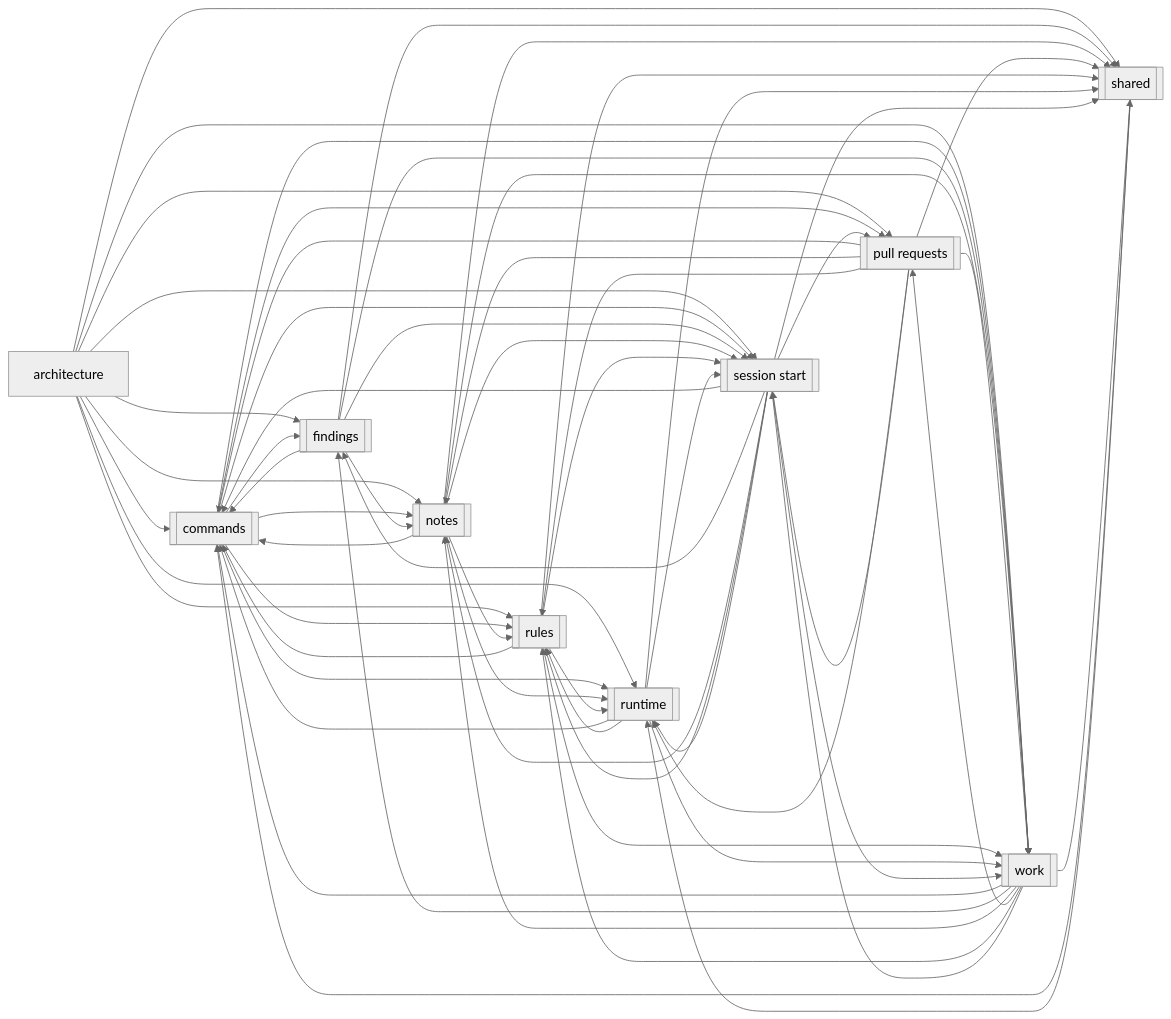
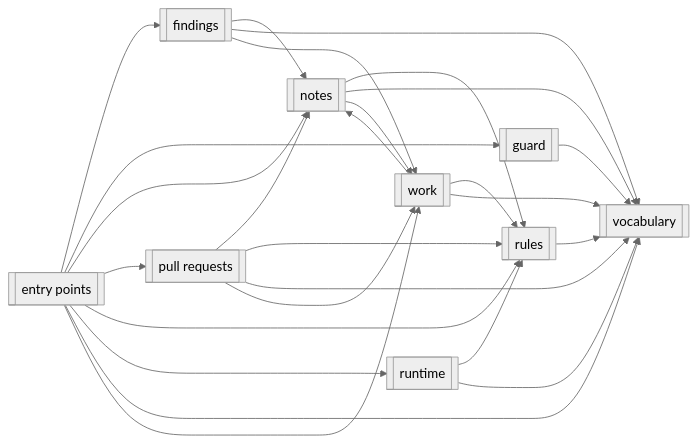
The first of 10 diagrams in README.md (LucaKro/GitHubWorkflow), drawn with Mermaid (neutral theme) before and after one commit. The commit also changed other lines of this file and 34 other files, not shown here.

First line of the commit message:
Declare the architecture diagrams in pyproject.toml and draw any project's

````diff
--- a/README.md
+++ b/README.md
@@ -24,74 +26,37 @@
 ```mermaid
 flowchart LR
-    architecture["architecture"]
-    commands[["commands"]]
+    entry_points[["entry points"]]
     findings[["findings"]]
+    guard[["guard"]]
     notes[["notes"]]
     pull_requests[["pull requests"]]
     rules[["rules"]]
     runtime[["runtime"]]
-    session_start[["session start"]]
-    shared[["shared"]]
+    vocabulary[["vocabulary"]]
     work[["work"]]
-    architecture --> commands
-    architecture --> findings
-    architecture --> notes
-    architecture --> pull_requests
-    architecture --> rules
-    architecture --> runtime
-    architecture --> session_start
-    architecture --> shared
-    architecture --> work
-    commands --> findings
-    commands --> notes
-    commands --> pull_requests
-    commands --> rules
-    commands --> runtime
-    commands --> session_start
-    commands --> work
-    findings --> commands
+    entry_points --> findings
+    entry_points --> guard
+    entry_points --> notes
+    entry_points --> pull_requests
+    entry_points --> rules
+    entry_points --> runtime
+    entry_points --> vocabulary
+    entry_points --> work
     findings --> notes
-    findings --> session_start
-    findings --> shared
+    findings --> vocabulary
     findings --> work
-    notes --> commands
+    guard --> vocabulary
     notes --> rules
-    notes --> runtime
-    notes --> session_start
-    notes --> shared
+    notes --> vocabulary
     notes --> work
-    pull_requests --> commands
     pull_requests --> notes
     pull_requests --> rules
-    pull_requests --> runtime
-    pull_requests --> session_start
-    pull_requests --> shared
+    pull_requests --> vocabulary
     pull_requests --> work
-    rules --> commands
-    rules --> runtime
-    rules --> session_start
-    rules --> shared
-    rules --> work
-    runtime --> commands
+    rules --> vocabulary
     runtime --> rules
-    runtime --> session_start
-    runtime --> shared
-    runtime --> work
-    session_start --> commands
-    session_start --> findings
-    session_start --> notes
-    session_start --> pull_requests
-    session_start --> rules
-    session_start --> runtime
-    session_start --> shared
-    session_start --> work
-    shared --> commands
-    shared --> runtime
-    work --> commands
-    work --> findings
+    runtime --> vocabulary
     work --> notes
-    work --> pull_requests
     work --> rules
-    work --> session_start
-    work --> shared
+    work --> vocabulary
 ```
````
